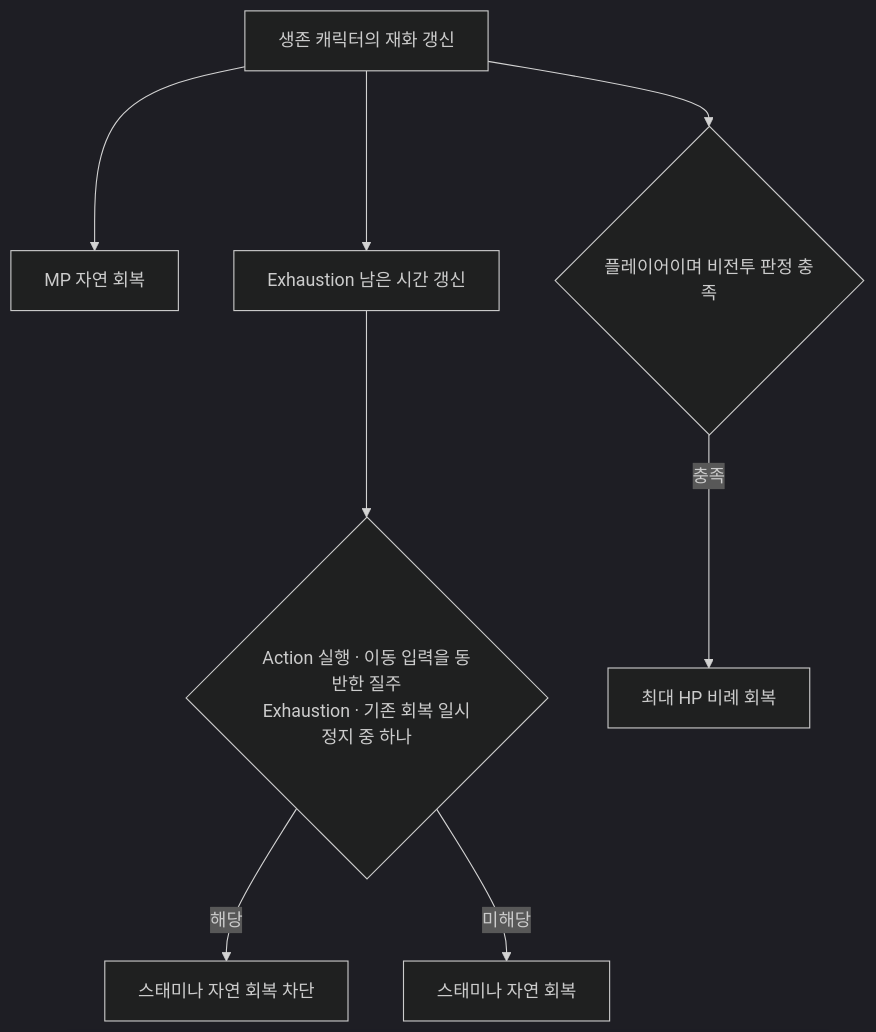
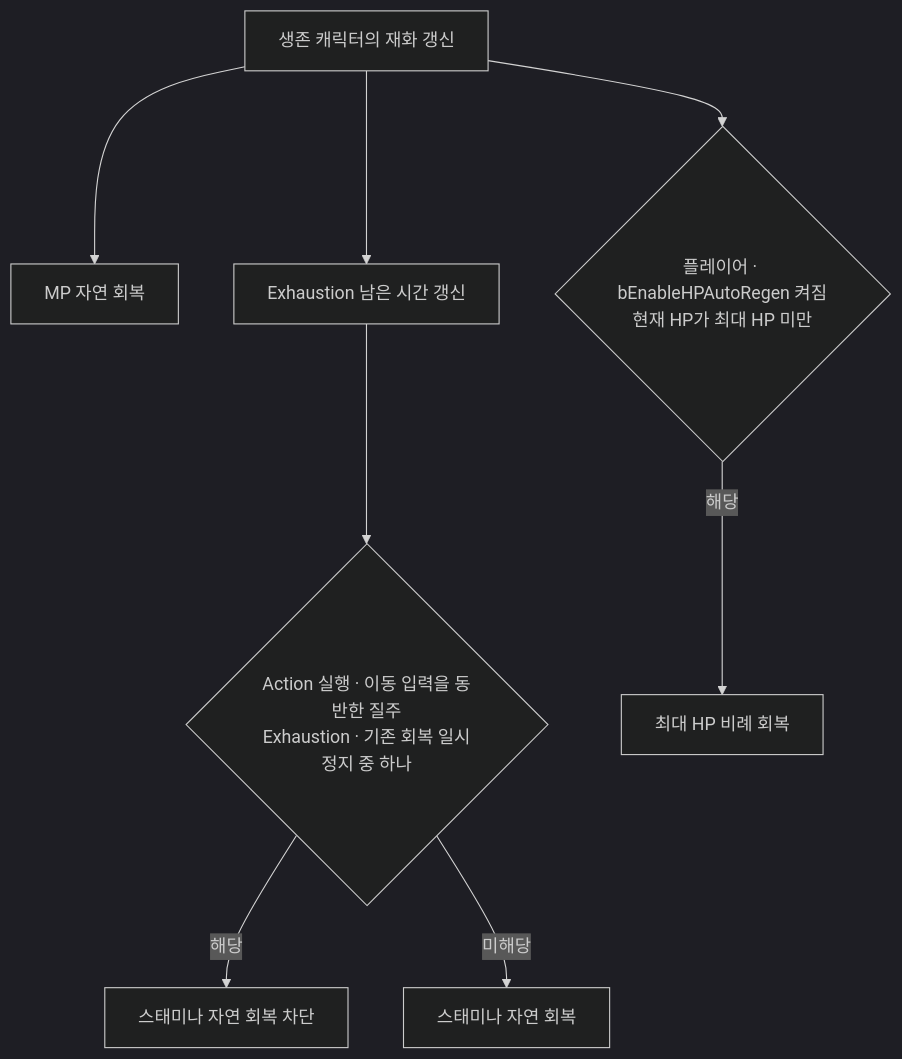
The diagram in docs/wiki/Features/Resource-Recovery/document.md (DreamersStudio3/Maverick), drawn with Mermaid (dark theme) before and after one commit. The commit also changed other lines of this file and 2 other files, not shown here.

````diff
--- a/docs/wiki/Features/Resource-Recovery/document.md
+++ b/docs/wiki/Features/Resource-Recovery/document.md
@@ -32,10 +32,10 @@
 ```mermaid
 flowchart TD
     Tick["생존 캐릭터의 재화 갱신"] --> MP["MP 자연 회복"]
     Tick --> Timer["Exhaustion 남은 시간 갱신"]
     Timer --> Block{"Action 실행 · 이동 입력을 동반한 질주<br/>Exhaustion · 기존 회복 일시정지 중 하나"}
     Block -->|해당| Pause["스태미나 자연 회복 차단"]
     Block -->|미해당| Recover["스태미나 자연 회복"]
-    Tick --> Player{"플레이어이며 비전투 판정 충족"}
-    Player -->|충족| HP["최대 HP 비례 회복"]
+    Tick --> Player{"플레이어 · bEnableHPAutoRegen 켜짐<br/>현재 HP가 최대 HP 미만"}
+    Player -->|해당| HP["최대 HP 비례 회복"]
 ```
````
